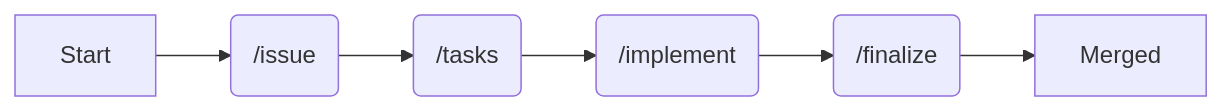
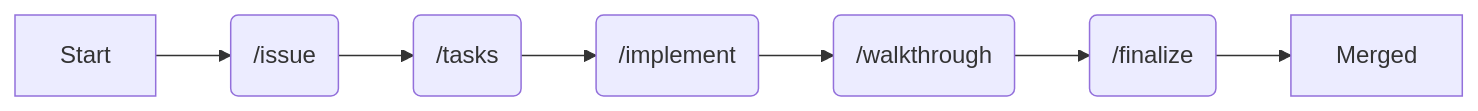
Before and after one commit to Pega88/ai-driven-engineering: the diagram in README.md, drawn with Mermaid. The commit also changed other lines of this file and 5 other files, not shown here.

````diff
--- a/README.md
+++ b/README.md
@@ -80,8 +80,9 @@
 ```mermaid
 graph LR
     A[Start] --> B(/issue);
     B --> C(/tasks);
     C --> D(/implement);
-    D --> E(/finalize);
-    E --> F[Merged];
+    D --> E(/walkthrough);
+    E --> F(/finalize);
+    F --> G[Merged];
 ```
````
